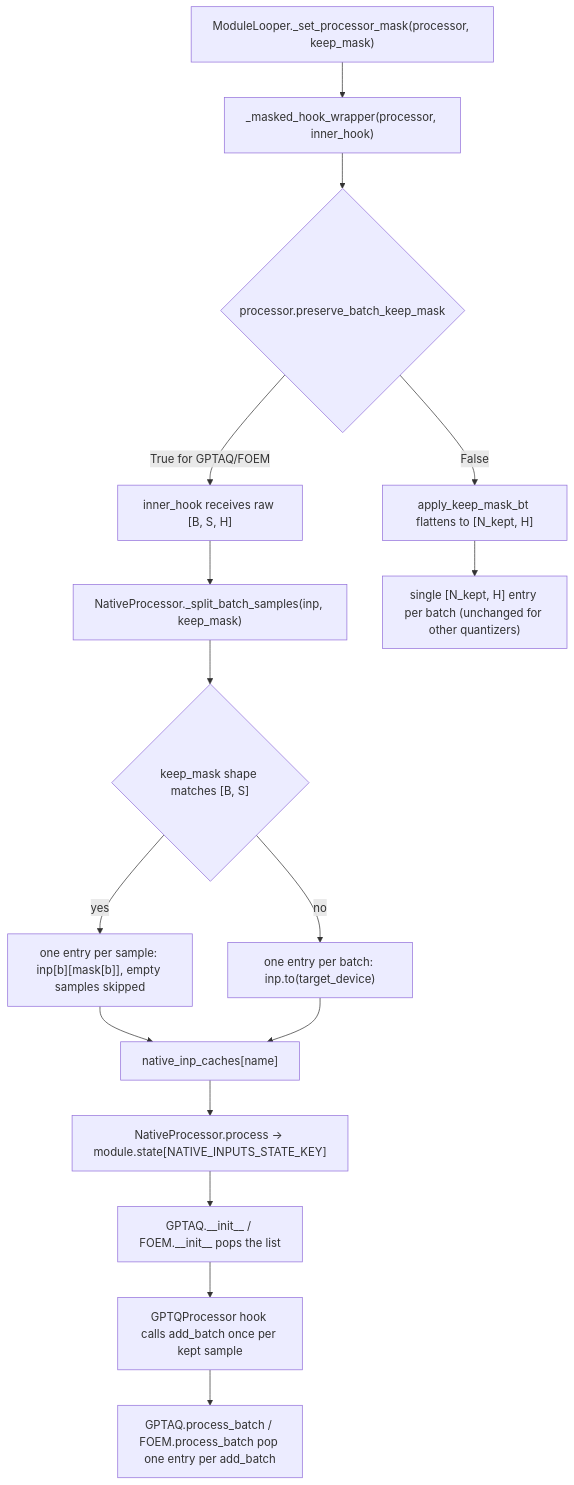
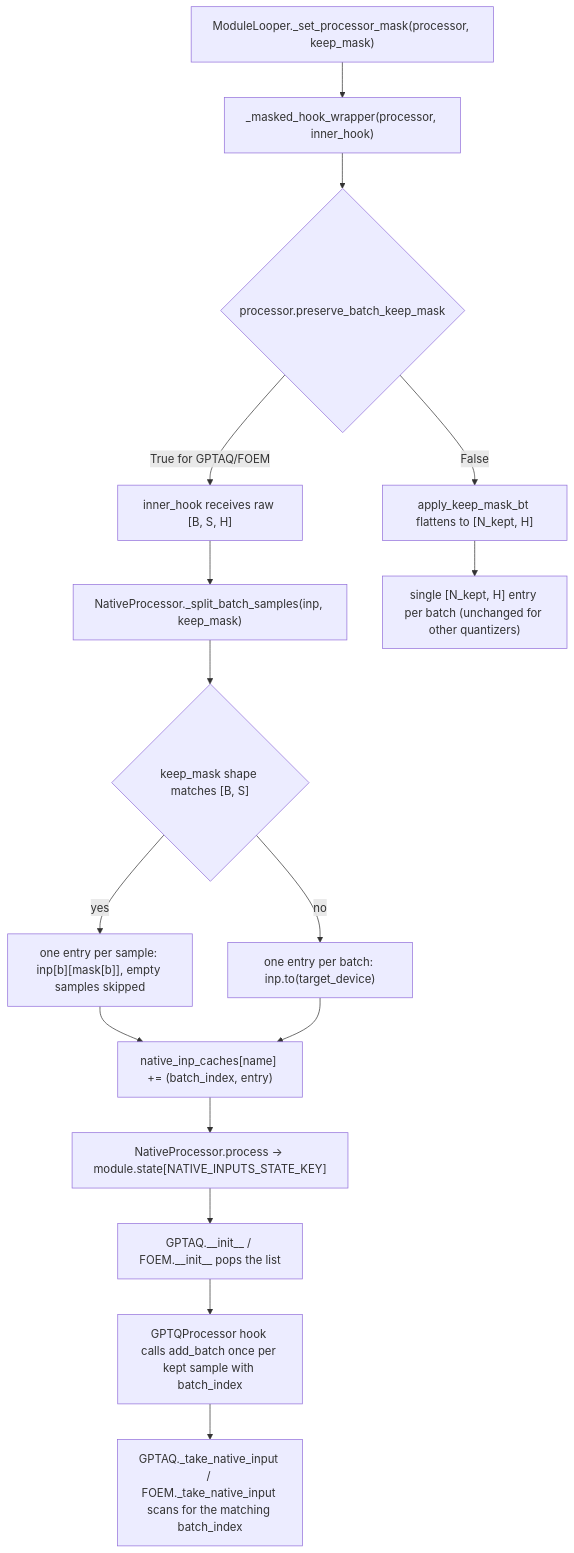
The first of 2 diagrams in docs/native-calibration-batch-split.md (ModelCloud/GPTQModel), drawn with Mermaid before and after one commit. The commit also changed other lines of this file and 5 other files, not shown here.

````diff
--- a/docs/native-calibration-batch-split.md
+++ b/docs/native-calibration-batch-split.md
@@ -15,18 +15,18 @@
 ```mermaid
 flowchart TD
     A["ModuleLooper._set_processor_mask(processor, keep_mask)"] --> B["_masked_hook_wrapper(processor, inner_hook)"]
     B --> C{"processor.preserve_batch_keep_mask"}
     C -- "True for GPTAQ/FOEM" --> D["inner_hook receives raw [B, S, H]"]
     C -- "False" --> E["apply_keep_mask_bt flattens to [N_kept, H]"]
     D --> F["NativeProcessor._split_batch_samples(inp, keep_mask)"]
     F --> G{"keep_mask shape matches [B, S]"}
     G -- "yes" --> H["one entry per sample: inp[b][mask[b]], empty samples skipped"]
     G -- "no" --> I["one entry per batch: inp.to(target_device)"]
-    H --> J["native_inp_caches[name]"]
+    H --> J["native_inp_caches[name] += (batch_index, entry)"]
     I --> J
     J --> K["NativeProcessor.process -> module.state[NATIVE_INPUTS_STATE_KEY]"]
     K --> L["GPTAQ.__init__ / FOEM.__init__ pops the list"]
-    L --> M["GPTQProcessor hook calls add_batch once per kept sample"]
-    M --> N["GPTAQ.process_batch / FOEM.process_batch pop one entry per add_batch"]
+    L --> M["GPTQProcessor hook calls add_batch once per kept sample with batch_index"]
+    M --> N["GPTAQ._take_native_input / FOEM._take_native_input scans for the matching batch_index"]
     E --> O["single [N_kept, H] entry per batch (unchanged for other quantizers)"]
 ```
````
